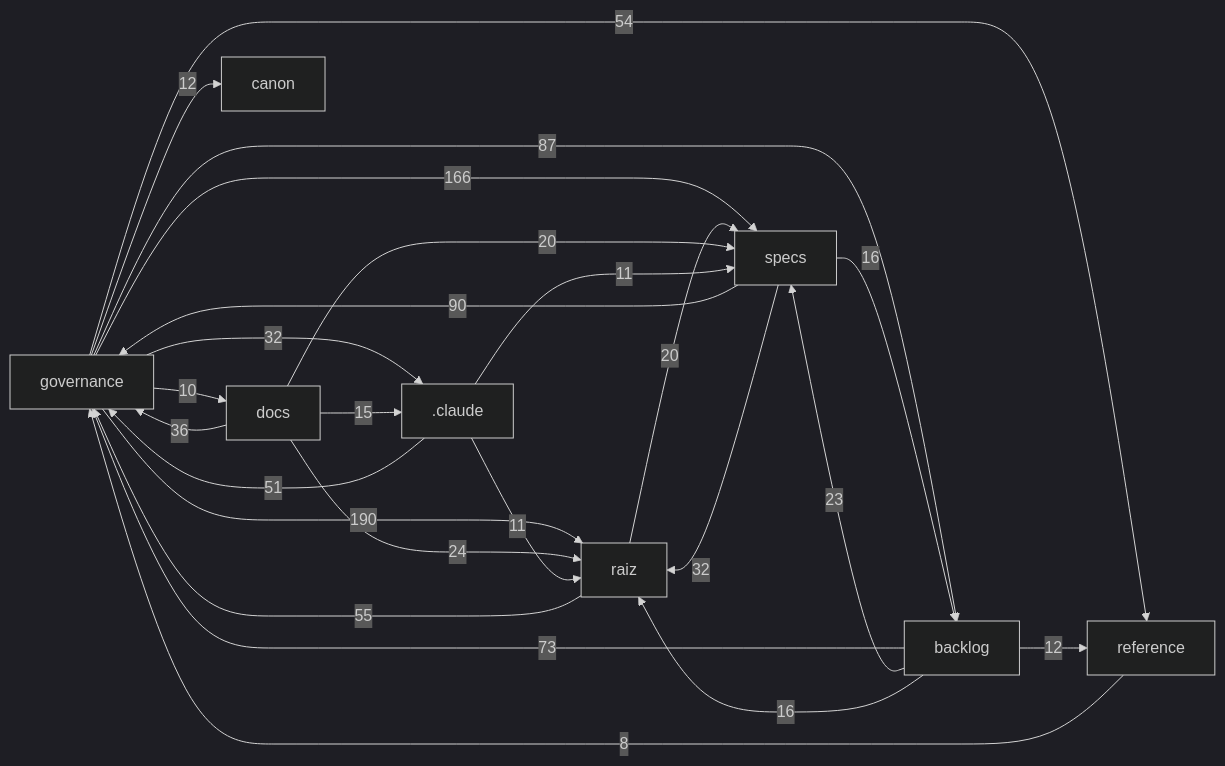
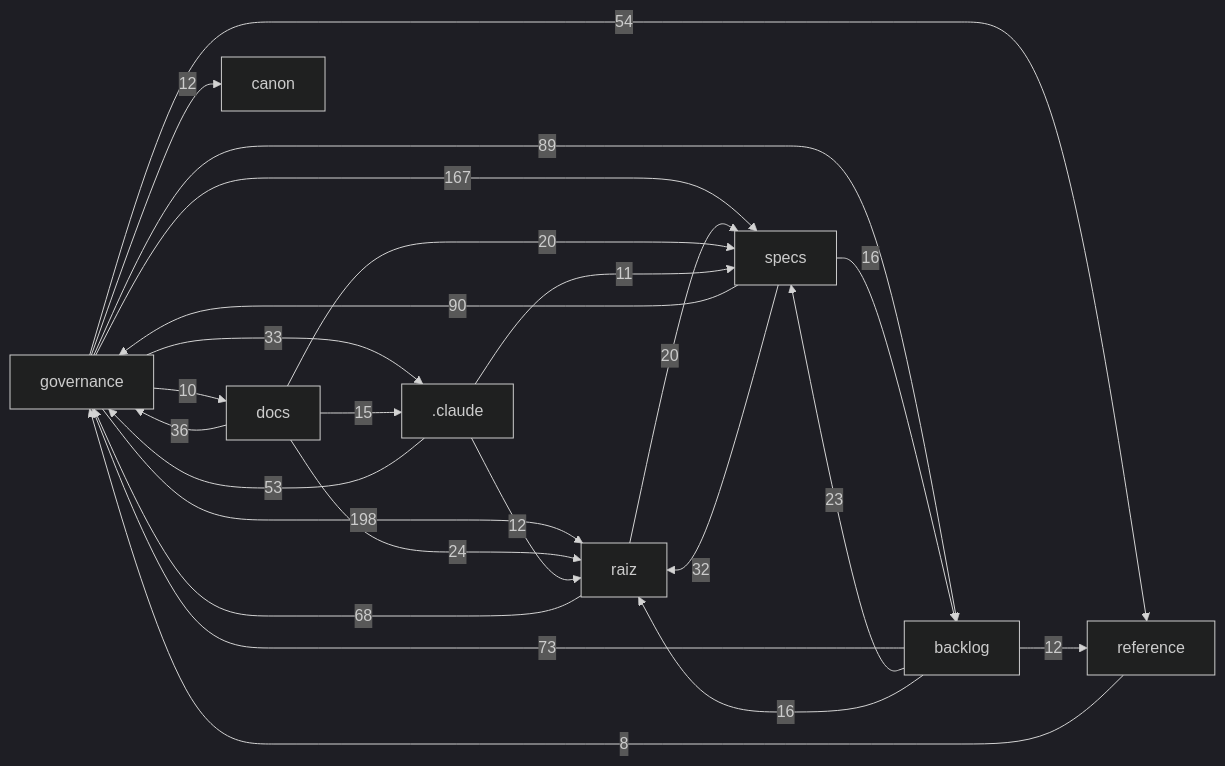
The diagram in docs/mapa/MAPA-PROJETO.md (Andraus35/Sistema-Operacional-de-Trading--SOT), drawn with Mermaid (dark theme) before and after one commit. The commit also changed other lines of this file and 14 other files, not shown here.

````diff
--- a/docs/mapa/MAPA-PROJETO.md
+++ b/docs/mapa/MAPA-PROJETO.md
@@ -29,27 +29,27 @@
 ```mermaid
 flowchart LR
-  governance["governance"] -->|190| raiz["raiz"]
-  governance["governance"] -->|166| specs["specs"]
+  governance["governance"] -->|198| raiz["raiz"]
+  governance["governance"] -->|167| specs["specs"]
   specs["specs"] -->|90| governance["governance"]
-  governance["governance"] -->|87| backlog["backlog"]
+  governance["governance"] -->|89| backlog["backlog"]
   backlog["backlog"] -->|73| governance["governance"]
-  raiz["raiz"] -->|55| governance["governance"]
+  raiz["raiz"] -->|68| governance["governance"]
   governance["governance"] -->|54| reference["reference"]
-  _claude[".claude"] -->|51| governance["governance"]
+  _claude[".claude"] -->|53| governance["governance"]
   docs["docs"] -->|36| governance["governance"]
-  governance["governance"] -->|32| _claude[".claude"]
+  governance["governance"] -->|33| _claude[".claude"]
   specs["specs"] -->|32| raiz["raiz"]
   docs["docs"] -->|24| raiz["raiz"]
   backlog["backlog"] -->|23| specs["specs"]
   raiz["raiz"] -->|20| specs["specs"]
   docs["docs"] -->|20| specs["specs"]
   backlog["backlog"] -->|16| raiz["raiz"]
   specs["specs"] -->|16| backlog["backlog"]
   docs["docs"] -->|15| _claude[".claude"]
+  _claude[".claude"] -->|12| raiz["raiz"]
   backlog["backlog"] -->|12| reference["reference"]
   governance["governance"] -->|12| canon["canon"]
-  _claude[".claude"] -->|11| raiz["raiz"]
   _claude[".claude"] -->|11| specs["specs"]
   governance["governance"] -->|10| docs["docs"]
   reference["reference"] -->|8| governance["governance"]
 ```
````
